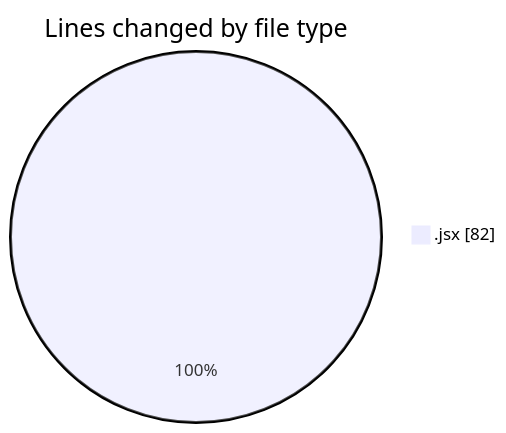
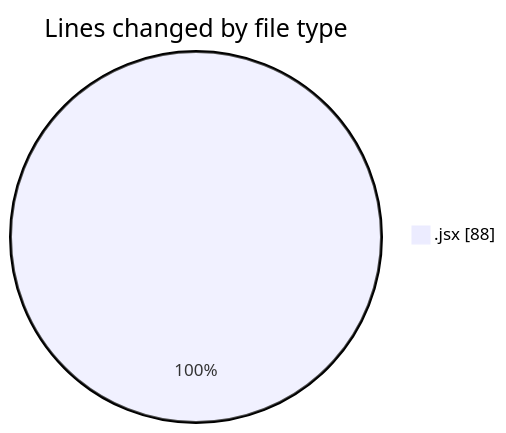
The first of 2 diagrams in 2025-03-08/elitesgpt/README.md (Elitesun/code-tracking), drawn with Mermaid before and after one commit. The commit also changed other lines of this file and 1 other file, not shown here.

````diff
--- a/2025-03-08/elitesgpt/README.md
+++ b/2025-03-08/elitesgpt/README.md
@@ -20,5 +20,5 @@
 ```mermaid
 pie showData
 title Lines changed by file type
-".jsx" : 82
+".jsx" : 88
 ```
````
